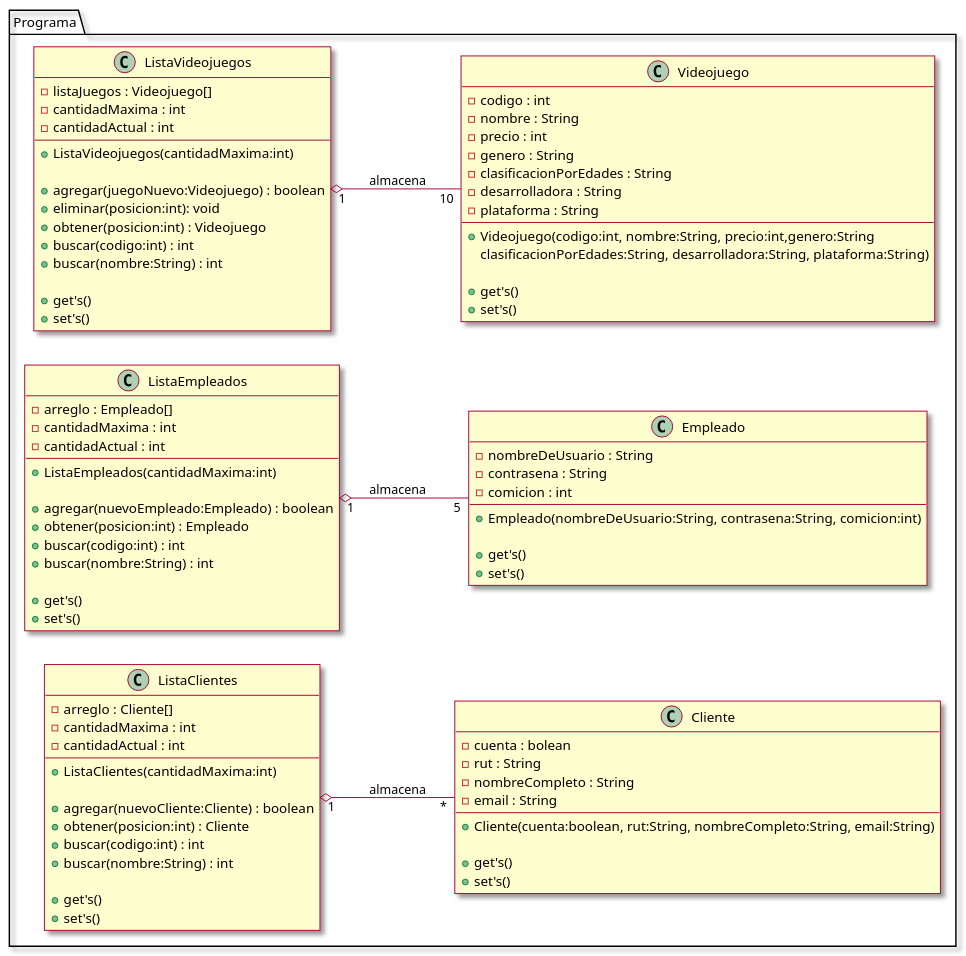
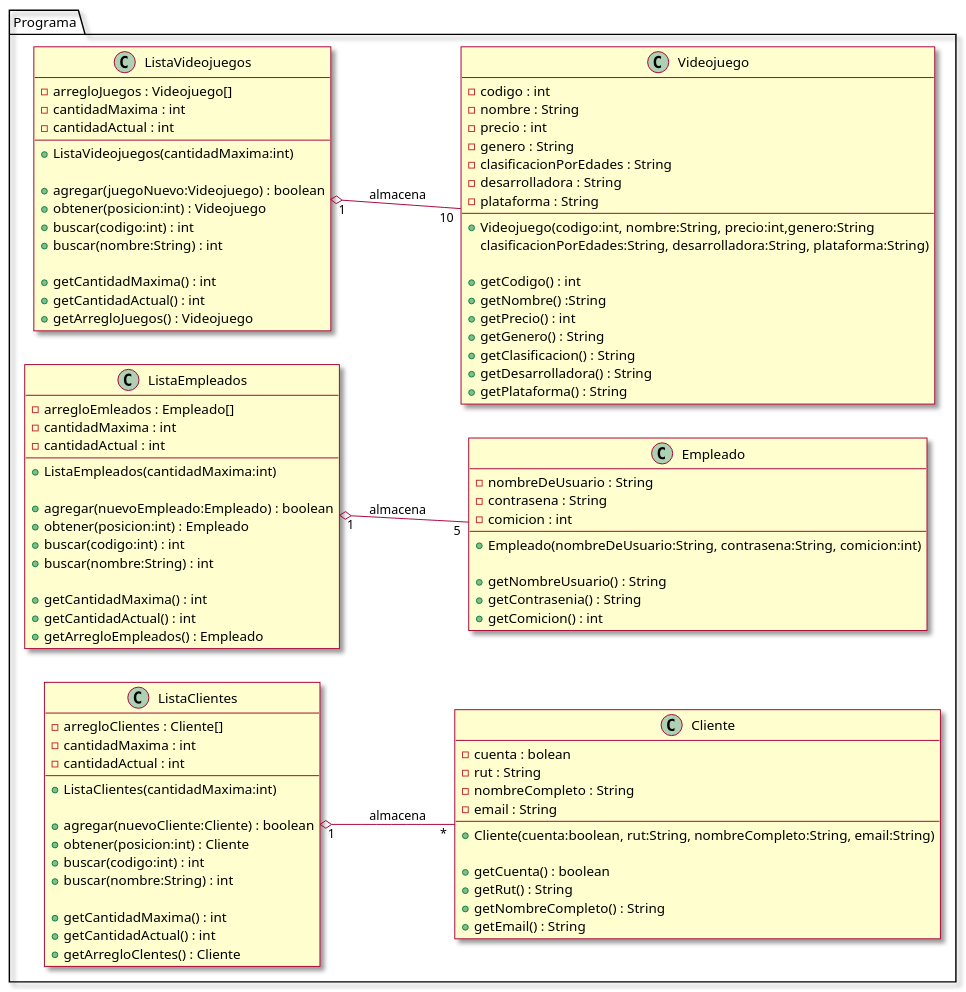
Before and after one commit to SrMoebius/-PA-Taller1_AguileraRodrigo-Cort-sDiego: the diagram in src/Diagrama de Clases.puml, drawn with PlantUML.

Commit message:
Diagrama de Clases (get's)

```diff
--- a/src/Diagrama de Clases.puml
+++ b/src/Diagrama de Clases.puml
@@ -1,123 +1,133 @@
 @startuml
 'https://plantuml.com/class-diagram
 
 left to right direction
 skin rose
 
 
 
 package Programa {
 
     'Clases
 
     class Videojuego{
 
         - codigo : int
         - nombre : String
         - precio : int
         - genero : String
         - clasificacionPorEdades : String
         - desarrolladora : String
         - plataforma : String
 
         + Videojuego(codigo:int, nombre:String, precio:int,genero:String
         clasificacionPorEdades:String, desarrolladora:String, plataforma:String)
 
-        +get's()
-        +set's()
+        + getCodigo() : int
+        + getNombre() :String
+        + getPrecio() : int
+        + getGenero() : String
+        + getClasificacion() : String
+        + getDesarrolladora() : String
+        + getPlataforma() : String
 
     }
 
     class ListaVideojuegos{
 
-        - listaJuegos : Videojuego[]
+        - arregloJuegos : Videojuego[]
         - cantidadMaxima : int
         - cantidadActual : int
 
         + ListaVideojuegos(cantidadMaxima:int)
 
         + agregar(juegoNuevo:Videojuego) : boolean
-        + eliminar(posicion:int): void
         + obtener(posicion:int) : Videojuego
         + buscar(codigo:int) : int
         + buscar(nombre:String) : int
 
-        + get's()
-        + set's()
+        + getCantidadMaxima() : int
+        + getCantidadActual() : int
+        + getArregloJuegos() : Videojuego
 
     }
 
     class Empleado{
         - nombreDeUsuario : String
         - contrasena : String
         - comicion : int
 
         + Empleado(nombreDeUsuario:String, contrasena:String, comicion:int)
 
-        + get's()
-        + set's()
+        + getNombreUsuario() : String
+        + getContrasenia() : String
+        + getComicion() : int
 
     }
 
     class ListaEmpleados{
 
-        - arreglo : Empleado[]
+        - arregloEmleados : Empleado[]
         - cantidadMaxima : int
         - cantidadActual : int
 
         + ListaEmpleados(cantidadMaxima:int)
 
         + agregar(nuevoEmpleado:Empleado) : boolean
         + obtener(posicion:int) : Empleado
         + buscar(codigo:int) : int
         + buscar(nombre:String) : int
 
-        + get's()
-        + set's()
+        + getCantidadMaxima() : int
+        + getCantidadActual() : int
+        + getArregloEmpleados() : Empleado
 
     }
 
     class Cliente{
 
         - cuenta : bolean
         - rut : String
         - nombreCompleto : String
         - email : String
 
         + Cliente(cuenta:boolean, rut:String, nombreCompleto:String, email:String)
 
-        + get's()
-        + set's()
+        + getCuenta() : boolean
+        + getRut() : String
+        + getNombreCompleto() : String
+        + getEmail() : String
 
     }
 
     class ListaClientes{
 
-        - arreglo : Cliente[]
+        - arregloClientes : Cliente[]
         - cantidadMaxima : int
         - cantidadActual : int
 
         + ListaClientes(cantidadMaxima:int)
 
         + agregar(nuevoCliente:Cliente) : boolean
         + obtener(posicion:int) : Cliente
         + buscar(codigo:int) : int
         + buscar(nombre:String) : int
 
-        + get's()
-        + set's()
+        + getCantidadMaxima() : int
+        + getCantidadActual() : int
+        + getArregloClentes() : Cliente
 
     }
 
 
 }
 
 
 'Relaciones
 
 ListaVideojuegos "1" o-- "10" Videojuego : almacena
 ListaEmpleados "1" o-- "5" Empleado : almacena
 ListaClientes "1" o-- "*" Cliente : almacena
 
 
 @enduml
```
